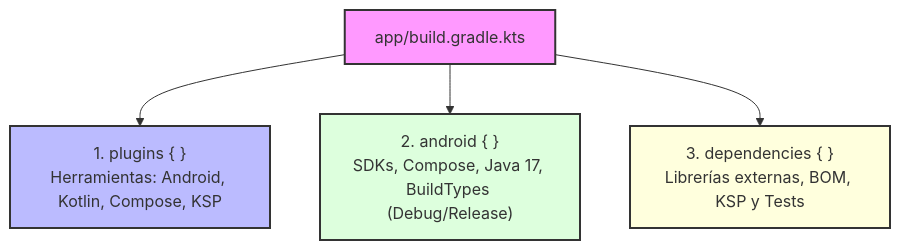
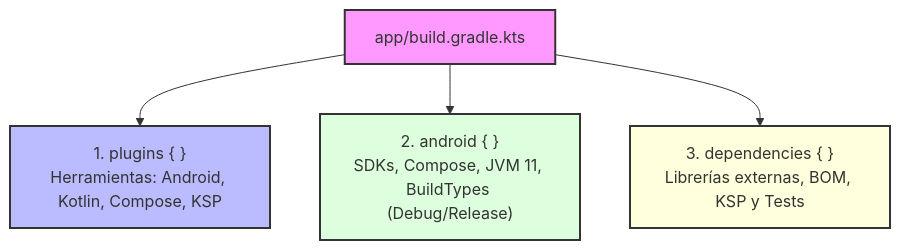
The diagram in docs/temas/00-android/00-tools/02-build-gradle.md (jssdocente/pmdm2627d), drawn with Mermaid before and after one commit. The commit also changed other lines of this file and 4 other files, not shown here.

````diff
--- a/docs/temas/00-android/00-tools/02-build-gradle.md
+++ b/docs/temas/00-android/00-tools/02-build-gradle.md
@@ -11,11 +11,11 @@
 ```mermaid
 graph TD
     B["app/build.gradle.kts"] --> P["1. plugins { }<br>Herramientas: Android, Kotlin, Compose, KSP"]
-    B --> A["2. android { }<br>SDKs, Compose, Java 17, BuildTypes (Debug/Release)"]
+    B --> A["2. android { }<br>SDKs, Compose, JVM 11, BuildTypes (Debug/Release)"]
     B --> D["3. dependencies { }<br>Librerías externas, BOM, KSP y Tests"]
 
     style B fill:#f9f,stroke:#333,stroke-width:2px
     style P fill:#bbf,stroke:#333,stroke-width:2px
     style A fill:#dfd,stroke:#333,stroke-width:2px
     style D fill:#ffd,stroke:#333,stroke-width:2px
 ```
````
